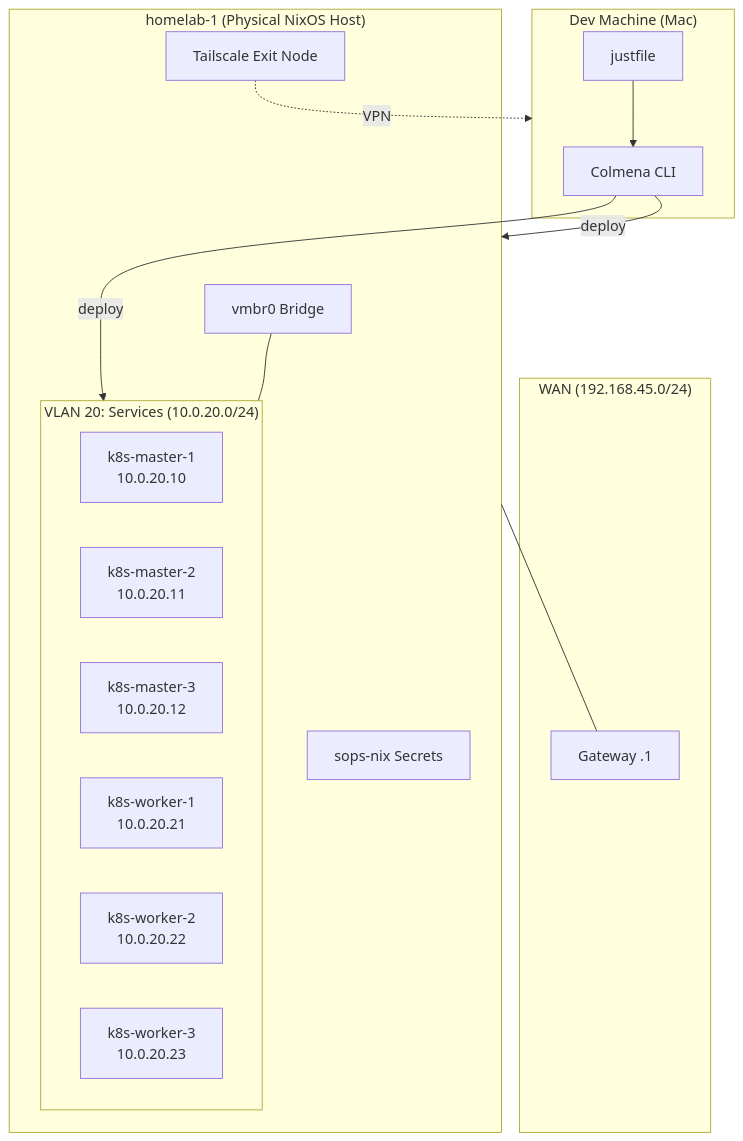
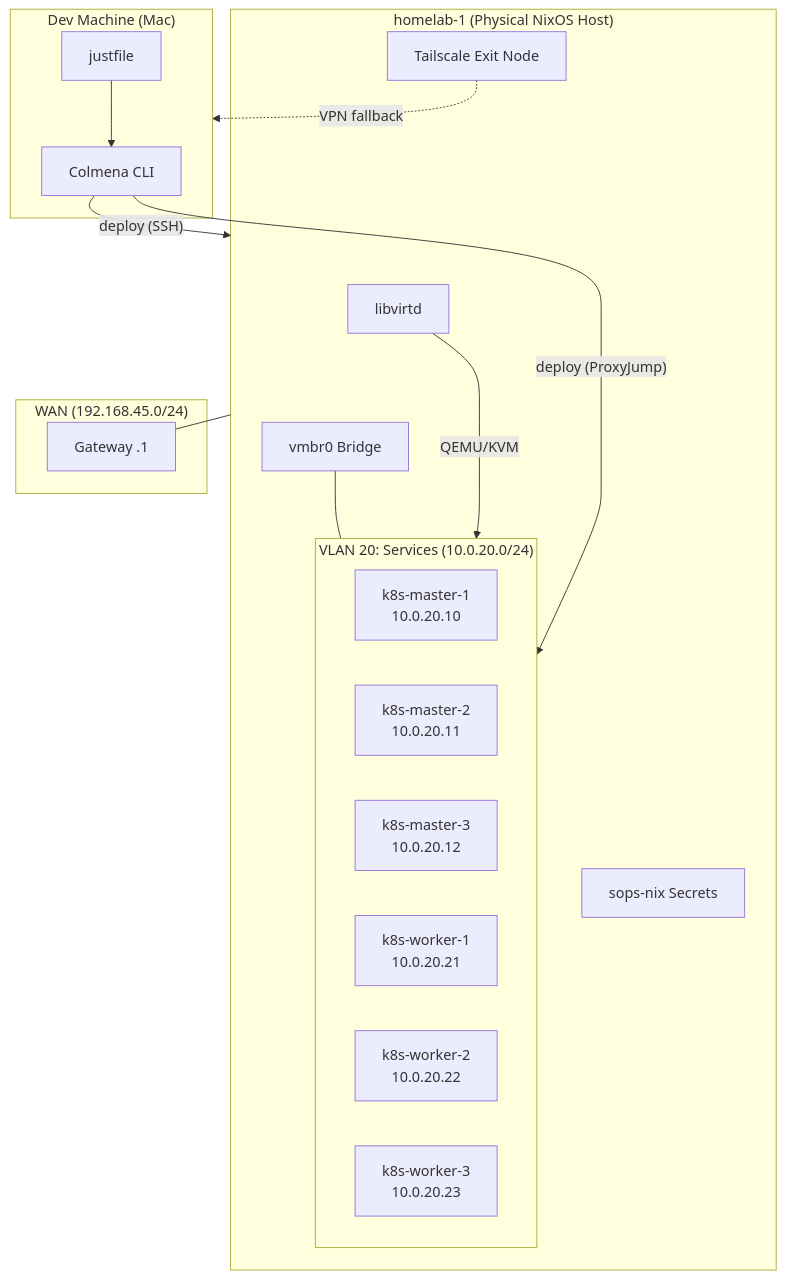
Before and after one commit to vanillacake369/tonys-homelab: the diagram in README.md, drawn with Mermaid. The commit also changed other lines of this file and 3 other files, not shown here.

First line of the commit message:
feat: LAN/Tailscale dynamic SSH fallback and libvirt documentation

````diff
--- a/README.md
+++ b/README.md
@@ -21,33 +21,35 @@
 ```mermaid
 flowchart TB
   subgraph Mac["Dev Machine (Mac)"]
     Colmena["Colmena CLI"]
     Just["justfile"]
   end
 
   subgraph Host["homelab-1 (Physical NixOS Host)"]
+    Libvirt["libvirtd"]
     Bridge["vmbr0 Bridge"]
     TS["Tailscale Exit Node"]
     SOPS["sops-nix Secrets"]
 
     subgraph VLAN20["VLAN 20: Services (10.0.20.0/24)"]
       M1["k8s-master-1<br/>10.0.20.10"]
       M2["k8s-master-2<br/>10.0.20.11"]
       M3["k8s-master-3<br/>10.0.20.12"]
       W1["k8s-worker-1<br/>10.0.20.21"]
       W2["k8s-worker-2<br/>10.0.20.22"]
       W3["k8s-worker-3<br/>10.0.20.23"]
     end
   end
 
   subgraph WAN["WAN (192.168.45.0/24)"]
     GW["Gateway .1"]
   end
 
   Just --> Colmena
-  Colmena -->|"deploy"| Host
-  Colmena -->|"deploy"| VLAN20
+  Colmena -->|"deploy (SSH)"| Host
+  Colmena -->|"deploy (ProxyJump)"| VLAN20
+  Libvirt -->|"QEMU/KVM"| VLAN20
   Host --- Bridge --- VLAN20
   Host --- GW
-  TS -.->|"VPN"| Mac
+  TS -.->|"VPN fallback"| Mac
 ```
````
